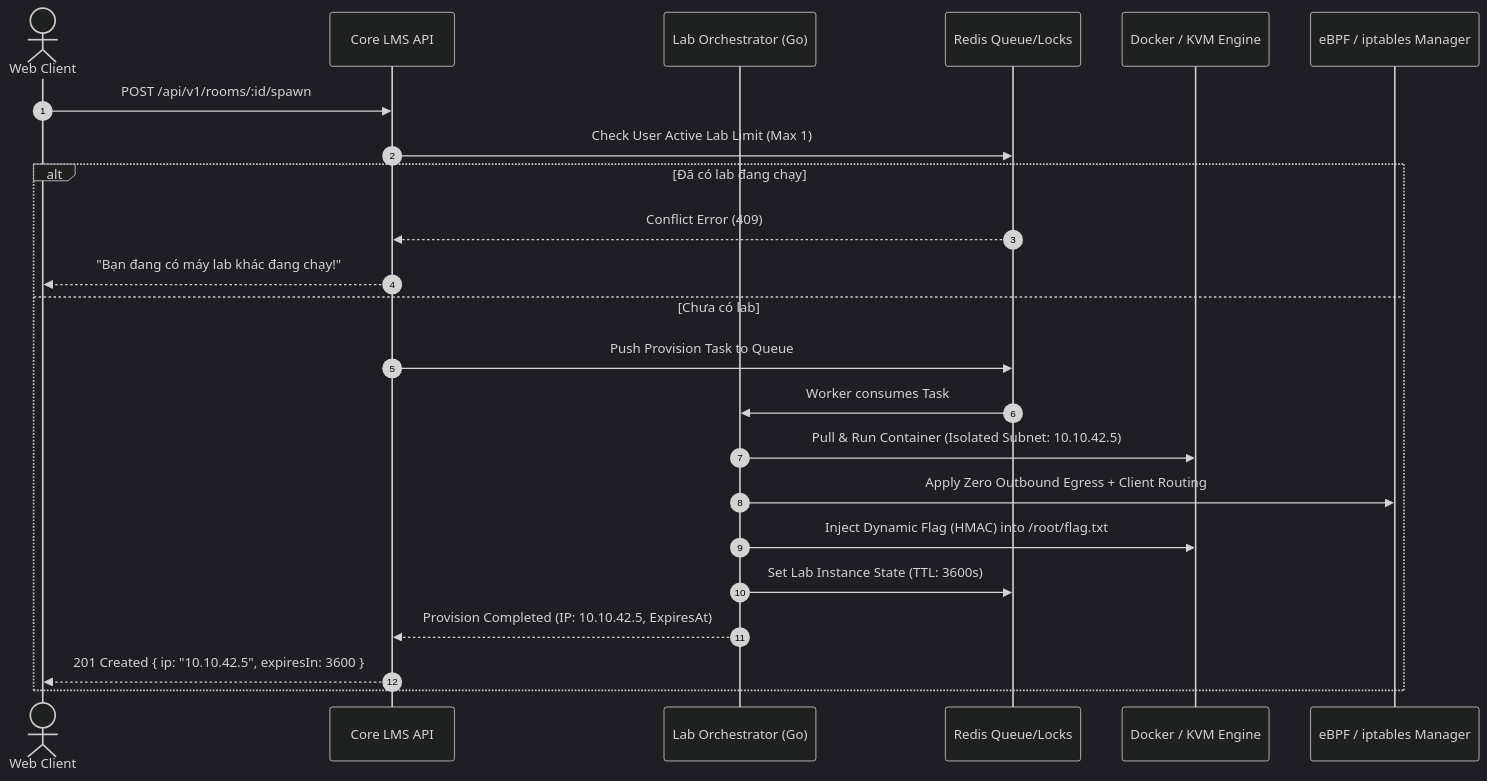
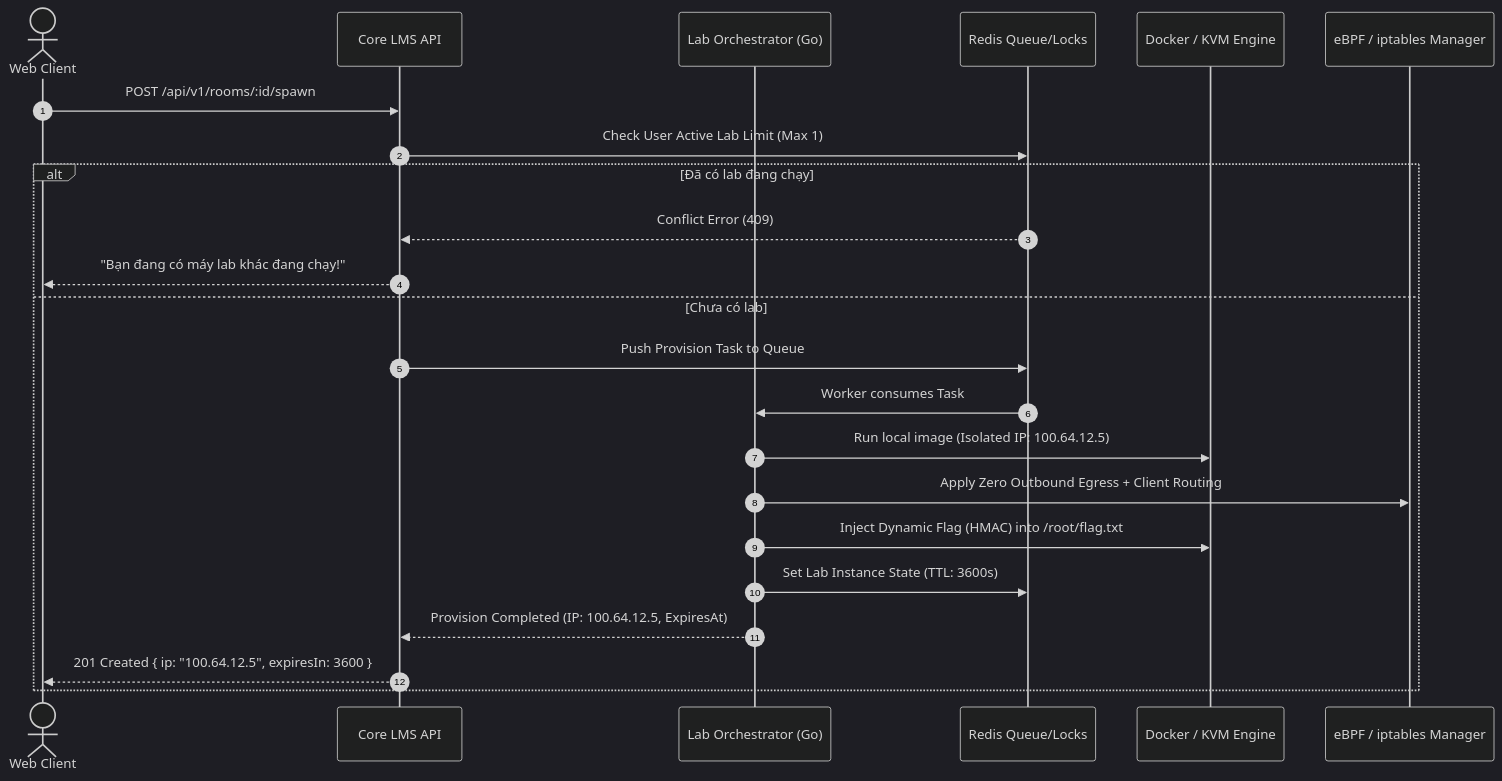
The second of 5 diagrams in docs/02-architecture/TDD_CYBERFORCE.md (PhamNhuQuocBao/CyberForce), drawn with Mermaid (dark theme) before and after one commit. The commit also changed other lines of this file and 18 other files, not shown here.

````diff
--- a/docs/02-architecture/TDD_CYBERFORCE.md
+++ b/docs/02-architecture/TDD_CYBERFORCE.md
@@ -133,26 +133,26 @@
 ```mermaid
 sequenceDiagram
     autonumber
     actor User as Web Client
     participant API as Core LMS API
     participant Orch as Lab Orchestrator (Go)
     participant Redis as Redis Queue/Locks
     participant Docker as Docker / KVM Engine
     participant Net as eBPF / iptables Manager
 
     User->>API: POST /api/v1/rooms/:id/spawn
     API->>Redis: Check User Active Lab Limit (Max 1)
     alt Đã có lab đang chạy
         Redis-->>API: Conflict Error (409)
         API-->>User: "Bạn đang có máy lab khác đang chạy!"
     else Chưa có lab
         API->>Redis: Push Provision Task to Queue
         Redis->>Orch: Worker consumes Task
-        Orch->>Docker: Pull & Run Container (Isolated Subnet: 10.10.42.5)
+        Orch->>Docker: Run local image (Isolated IP: 100.64.12.5)
         Orch->>Net: Apply Zero Outbound Egress + Client Routing
         Orch->>Docker: Inject Dynamic Flag (HMAC) into /root/flag.txt
         Orch->>Redis: Set Lab Instance State (TTL: 3600s)
-        Orch-->>API: Provision Completed (IP: 10.10.42.5, ExpiresAt)
-        API-->>User: 201 Created { ip: "10.10.42.5", expiresIn: 3600 }
+        Orch-->>API: Provision Completed (IP: 100.64.12.5, ExpiresAt)
+        API-->>User: 201 Created { ip: "100.64.12.5", expiresIn: 3600 }
     end
 ```
````
